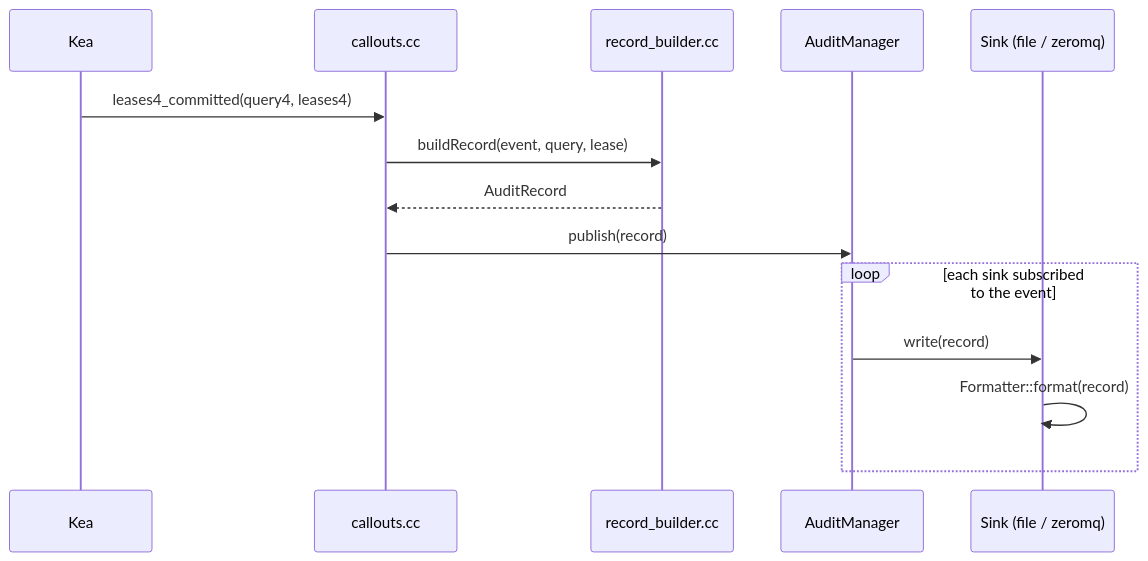
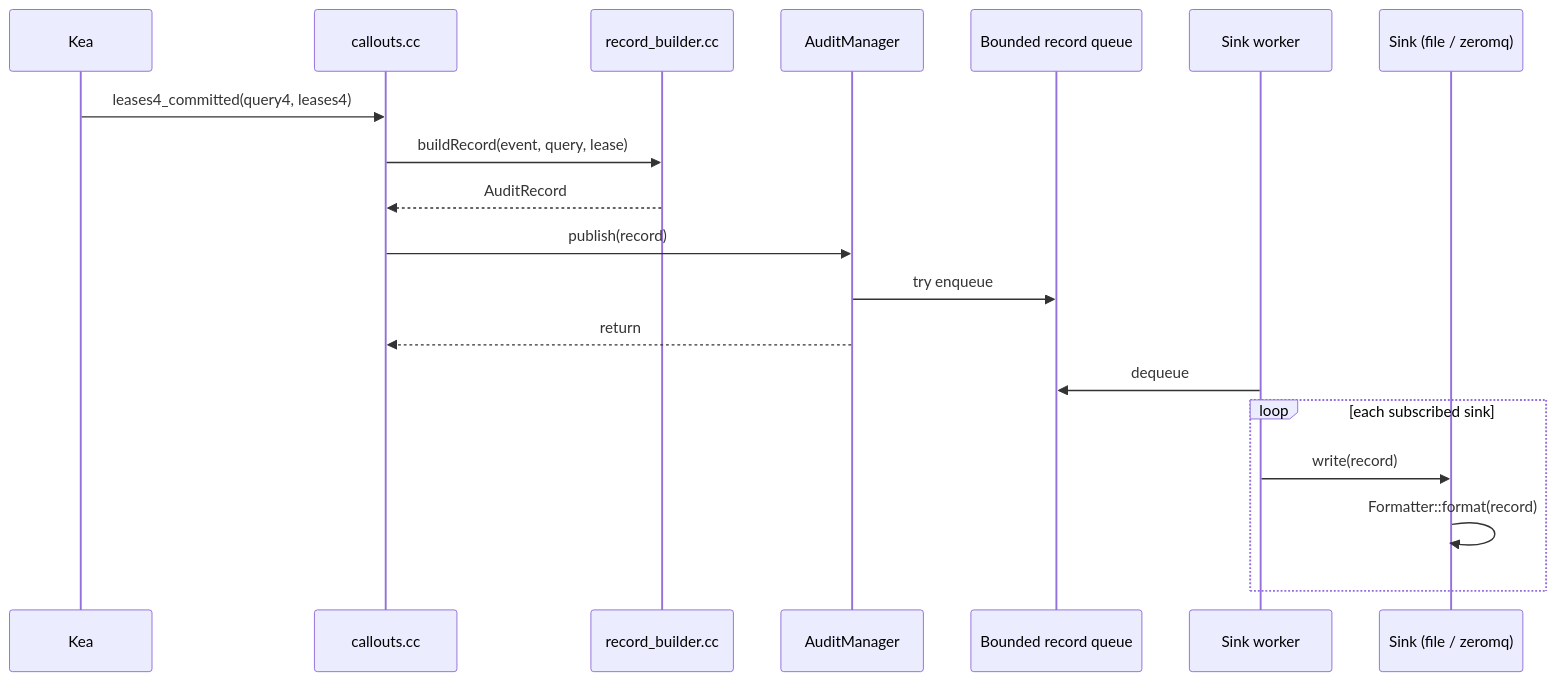
The first of 2 diagrams in docs/architecture.md (solvationab/KeaLogHook), drawn with Mermaid before and after one commit. The commit also changed other lines of this file and 17 other files, not shown here.

Commit message:
Implement asynchronous record delivery with bounded queue and enhance documentation

````diff
--- a/docs/architecture.md
+++ b/docs/architecture.md
@@ -9,17 +9,22 @@
 ```mermaid
 sequenceDiagram
     participant Kea
     participant Callout as callouts.cc
     participant Builder as record_builder.cc
     participant Mgr as AuditManager
+    participant Queue as Bounded record queue
+    participant Worker as Sink worker
     participant Sink as Sink (file / zeromq)
 
     Kea->>Callout: leases4_committed(query4, leases4)
     Callout->>Builder: buildRecord(event, query, lease)
     Builder-->>Callout: AuditRecord
     Callout->>Mgr: publish(record)
-    loop each sink subscribed to the event
-        Mgr->>Sink: write(record)
+    Mgr->>Queue: try enqueue
+    Mgr-->>Callout: return
+    Worker->>Queue: dequeue
+    loop each subscribed sink
+      Worker->>Sink: write(record)
         Sink->>Sink: Formatter::format(record)
     end
 ```
````
